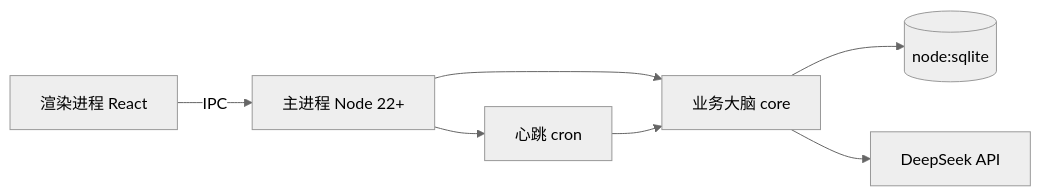
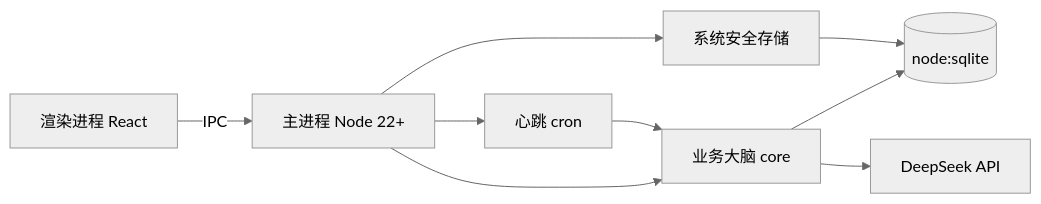
One commit to CuSO41108/mission-agent changed the diagram in README.md. Above: the diagram before and after it, drawn with Mermaid (neutral theme). The commit also changed other lines of this file and 5 other files, not shown here.

````diff
--- a/README.md
+++ b/README.md
@@ -86,9 +103,11 @@
 ```mermaid
 flowchart LR
   Renderer[渲染进程 React] -->|IPC| Main[主进程 Node 22+]
   Main --> Core[业务大脑 core]
   Core --> SQLite[(node:sqlite)]
   Core --> DeepSeek[DeepSeek API]
   Main --> Scheduler[心跳 cron]
+  Main --> SafeStorage[系统安全存储]
   Scheduler --> Core
+  SafeStorage --> SQLite
 ```
````
